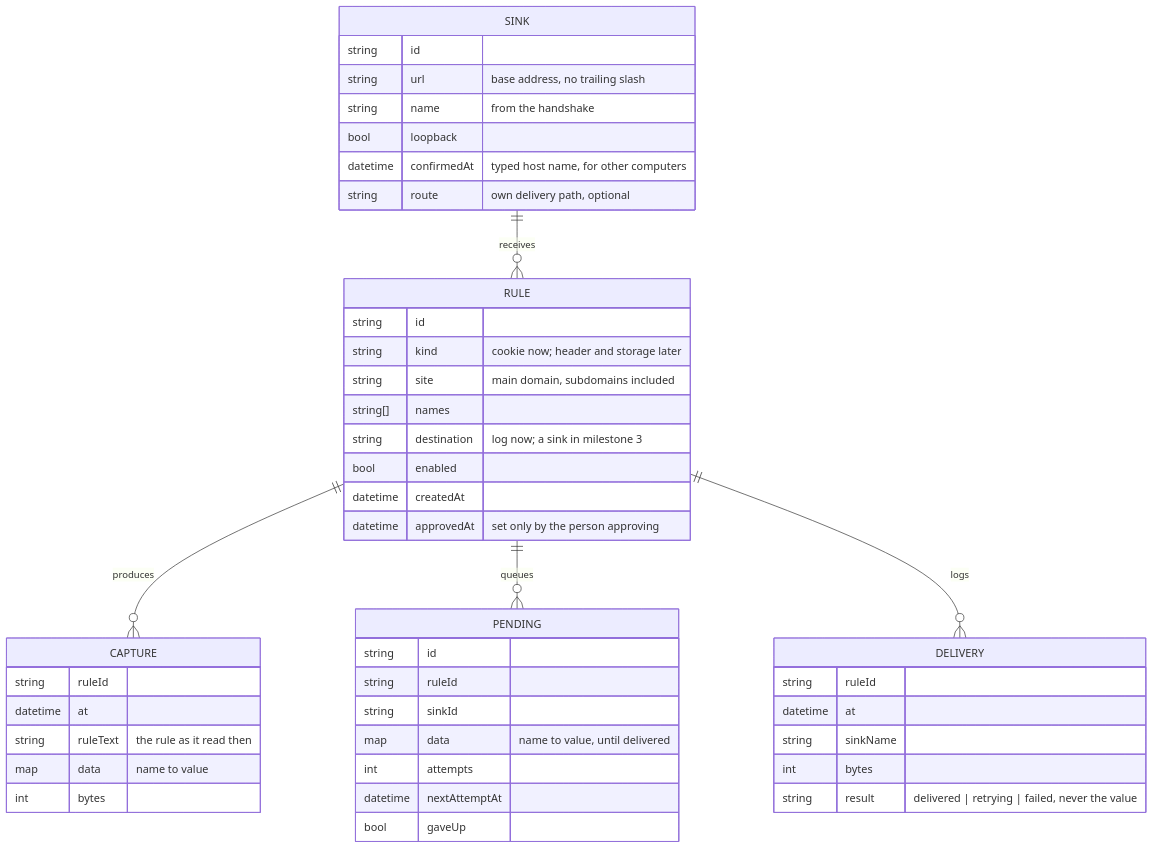
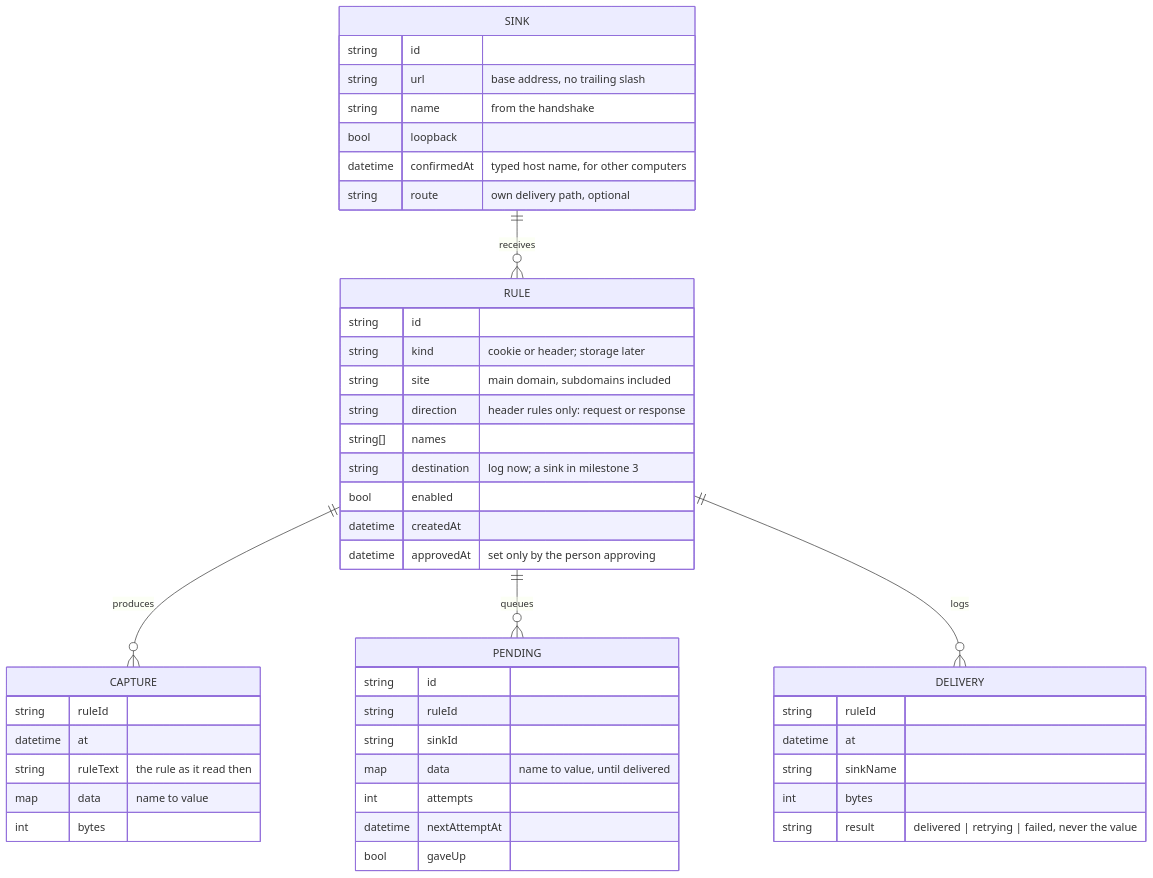
Before and after one commit to BlackCanyonSoftware/conduit_extension_BCS: the third of 4 diagrams in docs/ARCHITECTURE.md, drawn with Mermaid. The commit also changed other lines of this file and 28 other files, not shown here.

First line of the commit message:
feat: capture named request and response headers with the same rules and approval (US-012)

````diff
--- a/docs/ARCHITECTURE.md
+++ b/docs/ARCHITECTURE.md
@@ -72,48 +73,49 @@
 ```mermaid
 erDiagram
   RULE ||--o{ CAPTURE : produces
   SINK ||--o{ RULE : receives
   RULE ||--o{ PENDING : queues
   RULE ||--o{ DELIVERY : logs
   RULE {
     string id
-    string kind "cookie now; header and storage later"
+    string kind "cookie or header; storage later"
     string site "main domain, subdomains included"
+    string direction "header rules only: request or response"
     string[] names
     string destination "log now; a sink in milestone 3"
     bool enabled
     datetime createdAt
     datetime approvedAt "set only by the person approving"
   }
   SINK {
     string id
     string url "base address, no trailing slash"
     string name "from the handshake"
     bool loopback
     datetime confirmedAt "typed host name, for other computers"
     string route "own delivery path, optional"
   }
   PENDING {
     string id
     string ruleId
     string sinkId
     map data "name to value, until delivered"
     int attempts
     datetime nextAttemptAt
     bool gaveUp
   }
   CAPTURE {
     string ruleId
     datetime at
     string ruleText "the rule as it read then"
     map data "name to value"
     int bytes
   }
   DELIVERY {
     string ruleId
     datetime at
     string sinkName
     int bytes
     string result "delivered | retrying | failed, never the value"
   }
 ```
````
